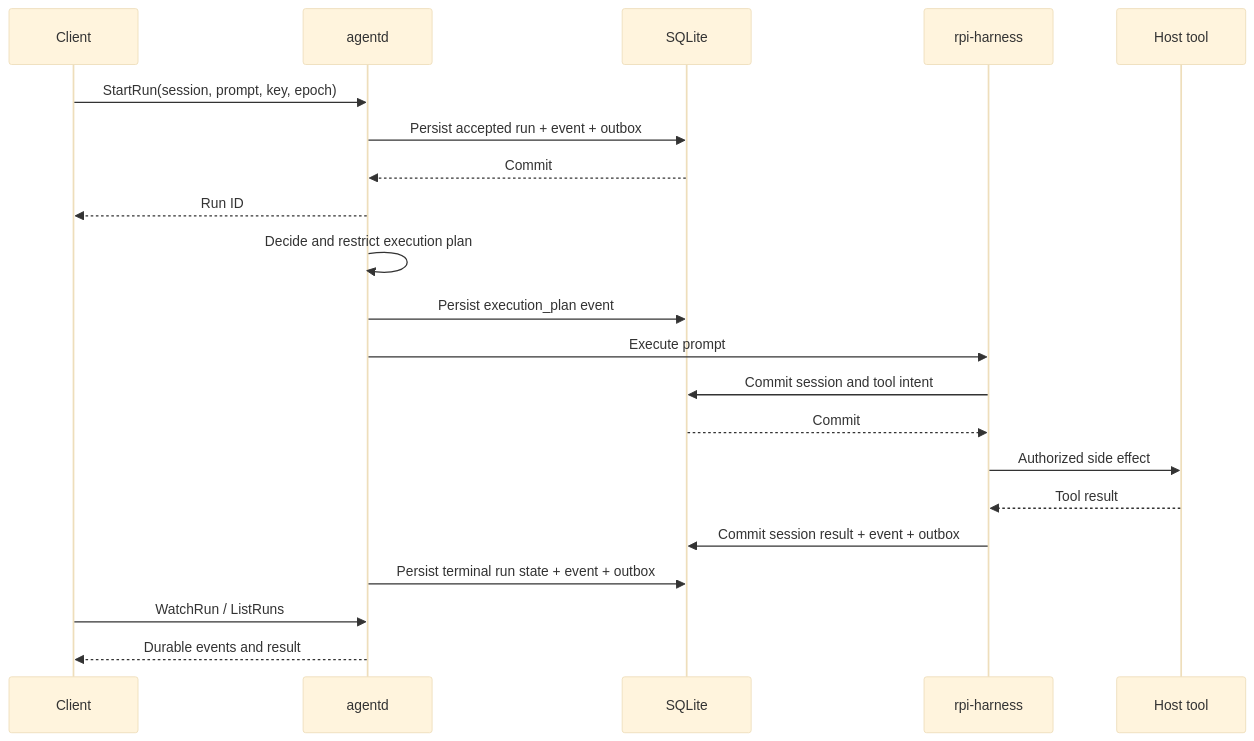
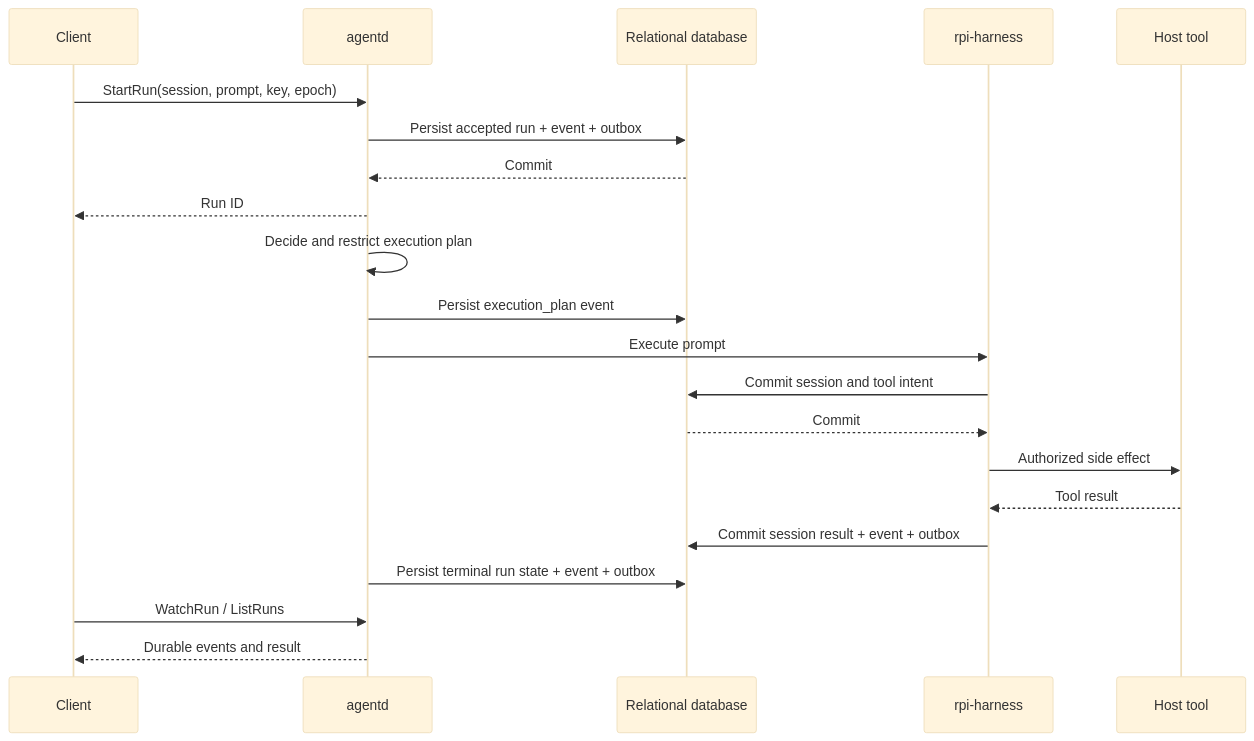
One commit to lyonbrown4d/lyonbrown changed the first of 3 diagrams in docs/en/src/persistence.md. Above: the diagram before and after it, drawn with Mermaid (base theme). The commit also changed other lines of this file and 310 other files, not shown here.

````diff
--- a/docs/en/src/persistence.md
+++ b/docs/en/src/persistence.md
@@ -9,23 +19,23 @@
 ```mermaid
 sequenceDiagram
     participant UI as Client
     participant D as agentd
-    participant S as SQLite
+    participant S as Relational database
     participant H as rpi-harness
     participant T as Host tool
     UI->>D: StartRun(session, prompt, key, epoch)
     D->>S: Persist accepted run + event + outbox
     S-->>D: Commit
     D-->>UI: Run ID
     D->>D: Decide and restrict execution plan
     D->>S: Persist execution_plan event
     D->>H: Execute prompt
     H->>S: Commit session and tool intent
     S-->>H: Commit
     H->>T: Authorized side effect
     T-->>H: Tool result
     H->>S: Commit session result + event + outbox
     D->>S: Persist terminal run state + event + outbox
     UI->>D: WatchRun / ListRuns
     D-->>UI: Durable events and result
 ```
````
